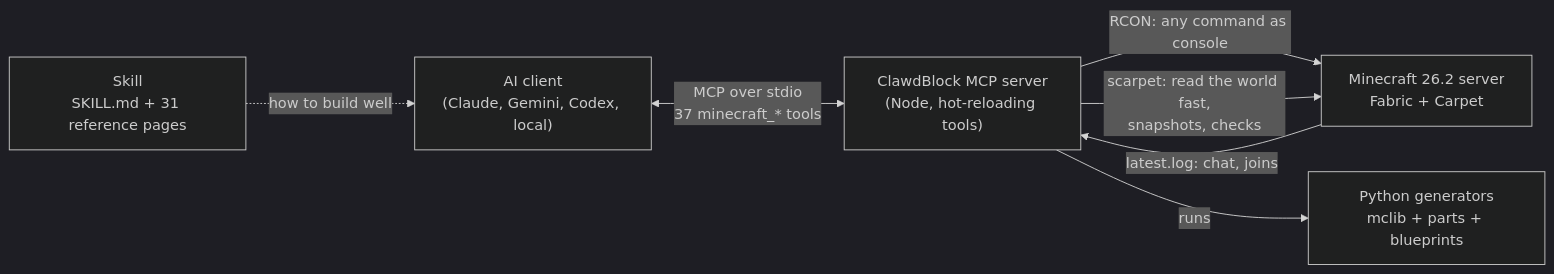
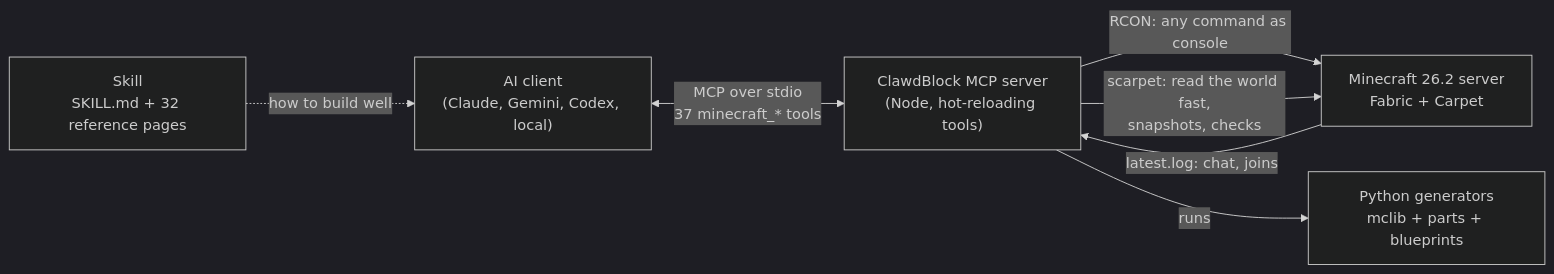
Before and after one commit to sagistiki/pink-golem: the diagram in README.md, drawn with Mermaid (dark theme). The commit also changed other lines of this file and 13 other files, not shown here.

````diff
--- a/README.md
+++ b/README.md
@@ -85,9 +85,9 @@
 ```mermaid
 flowchart LR
     AI["AI client<br/>(Claude, Gemini, Codex, local)"] <-- "MCP over stdio<br/>37 minecraft_* tools" --> MCP["ClawdBlock MCP server<br/>(Node, hot-reloading tools)"]
     MCP -- "RCON: any command as console" --> MC["Minecraft 26.2 server<br/>Fabric + Carpet"]
     MC -- "latest.log: chat, joins" --> MCP
     MCP -- "scarpet: read the world fast,<br/>snapshots, checks" --> MC
     MCP -- "runs" --> GEN["Python generators<br/>mclib + parts + blueprints"]
-    SKILL["Skill<br/>SKILL.md + 31 reference pages"] -. "how to build well" .-> AI
+    SKILL["Skill<br/>SKILL.md + 32 reference pages"] -. "how to build well" .-> AI
 ```
````
